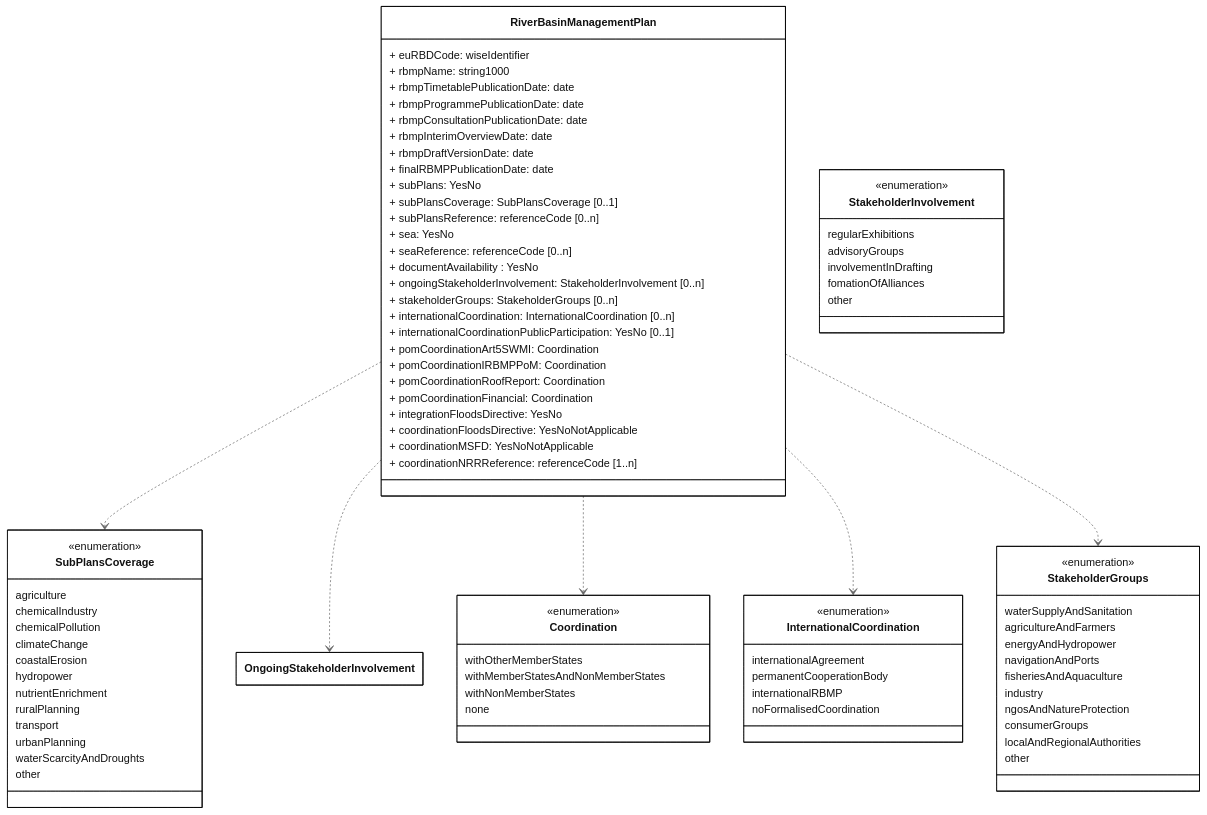
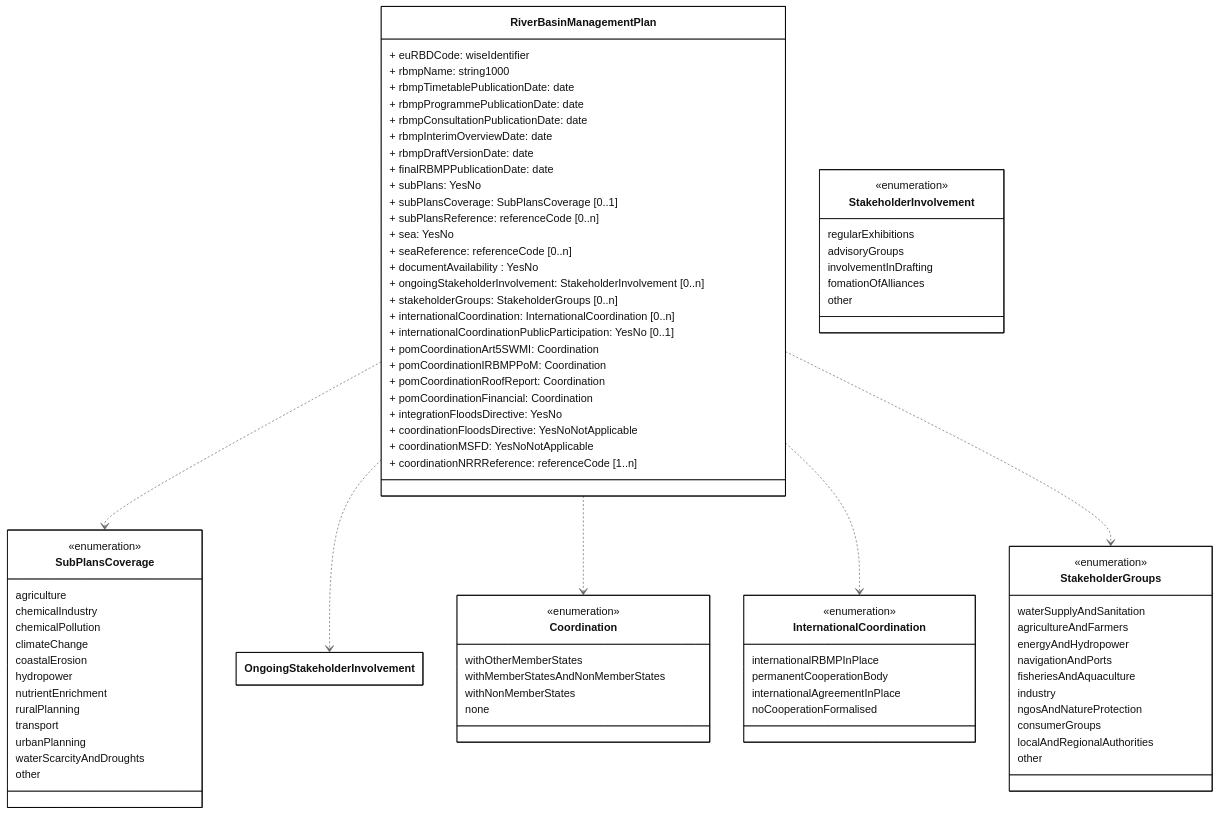
Before and after one commit to eeadata/WISE.WFD.Documentation: the diagram in docs/DataModelReview/mmd/Measures_4thCycle_RiverBasinManagementPlan_ClassDiagram.mmd, drawn with Mermaid.

Commit message:
Update Measures_4thCycle_RiverBasinManagementPlan_ClassDiagram.mmd
https://taskman.eionet.europa.eu/issues/306572

```diff
--- a/docs/DataModelReview/mmd/Measures_4thCycle_RiverBasinManagementPlan_ClassDiagram.mmd
+++ b/docs/DataModelReview/mmd/Measures_4thCycle_RiverBasinManagementPlan_ClassDiagram.mmd
@@ -1,110 +1,110 @@
 ---
 config:
   class:
     hideEmptyMembersBox: true
   layout: dagre
   theme: neutral
 ---
 classDiagram
 direction TB
 
 class RiverBasinManagementPlan{
 + euRBDCode:  wiseIdentifier
 + rbmpName: string1000
 
 + rbmpTimetablePublicationDate: date 
 + rbmpProgrammePublicationDate: date 
 + rbmpConsultationPublicationDate: date 
 + rbmpInterimOverviewDate: date 
 + rbmpDraftVersionDate: date 
 + finalRBMPPublicationDate: date 
 
 + subPlans: YesNo
 + subPlansCoverage: SubPlansCoverage [0..1]
 + subPlansReference: referenceCode [0..n]
 
 + sea: YesNo
 + seaReference: referenceCode [0..n]
 
 + documentAvailability : YesNo
 
 + ongoingStakeholderInvolvement: StakeholderInvolvement [0..n]
 + stakeholderGroups: StakeholderGroups [0..n]
 
 + internationalCoordination: InternationalCoordination [0..n]
 + internationalCoordinationPublicParticipation: YesNo [0..1]
 + pomCoordinationArt5SWMI: Coordination
 + pomCoordinationIRBMPPoM: Coordination
 + pomCoordinationRoofReport: Coordination
 + pomCoordinationFinancial: Coordination
 
 + integrationFloodsDirective: YesNo
 + coordinationFloodsDirective: YesNoNotApplicable
 + coordinationMSFD: YesNoNotApplicable
 
 + coordinationNRRReference: referenceCode [1..n]
 }
 
 class Coordination{
     <<enumeration>>
     withOtherMemberStates
     withMemberStatesAndNonMemberStates
     withNonMemberStates
     none
     }
 
 class InternationalCoordination{
     <<enumeration>>
-    internationalAgreement
+    internationalRBMPInPlace
     permanentCooperationBody
-    internationalRBMP
-    noFormalisedCoordination
+    internationalAgreementInPlace
+    noCooperationFormalised
     }
 
 class StakeholderInvolvement{
     <<enumeration>>
     regularExhibitions
     advisoryGroups
     involvementInDrafting
     fomationOfAlliances
     other
     }
 
 class SubPlansCoverage{
     <<enumeration>>
     agriculture
     chemicalIndustry
     chemicalPollution
     climateChange
     coastalErosion
     hydropower
     nutrientEnrichment
     ruralPlanning
     transport
     urbanPlanning
     waterScarcityAndDroughts
     other
     }
 
 class StakeholderGroups{
     <<enumeration>>
     waterSupplyAndSanitation
     agricultureAndFarmers
     energyAndHydropower
     navigationAndPorts
     fisheriesAndAquaculture
     industry
     ngosAndNatureProtection
     consumerGroups
     localAndRegionalAuthorities    
     other    
     }
 
 RiverBasinManagementPlan ..> SubPlansCoverage
 RiverBasinManagementPlan ..> OngoingStakeholderInvolvement
 RiverBasinManagementPlan ..> Coordination
 RiverBasinManagementPlan ..> InternationalCoordination
 RiverBasinManagementPlan ..> StakeholderGroups
 
 classDef default fill:white,stroke:#000;
 classDef forFixing fill:white,stroke:#f00;
```
